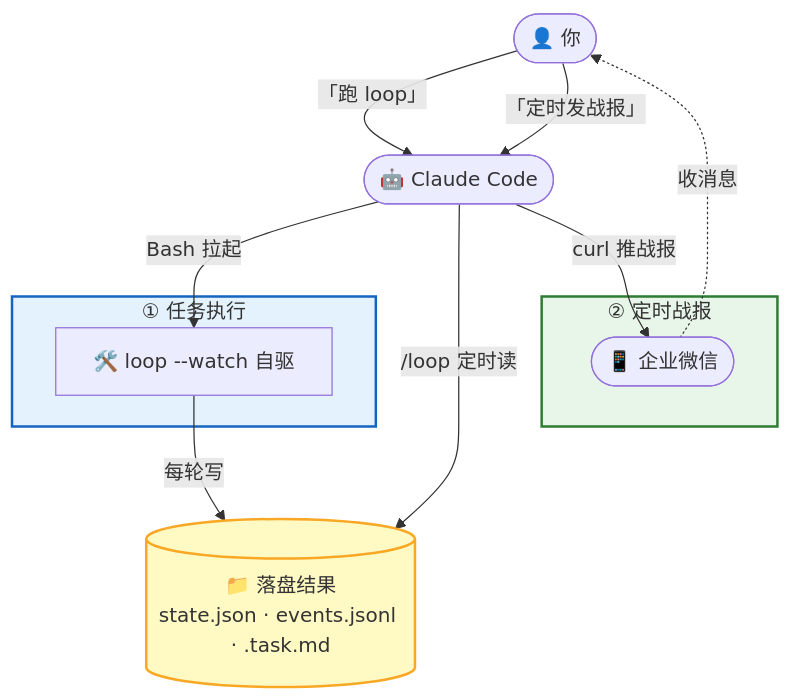
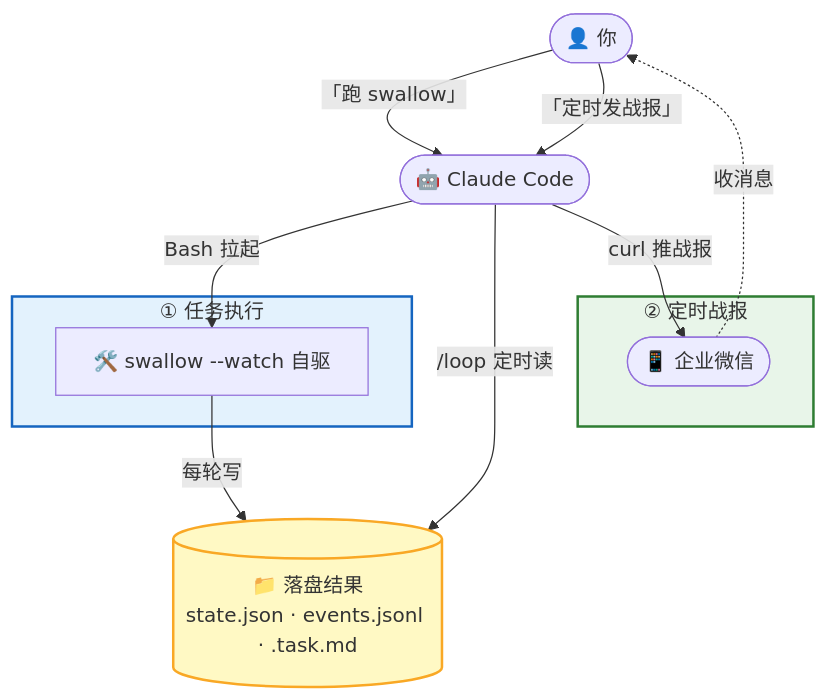
The diagram in claude-code-guide.md (free-wyq/swallow), drawn with Mermaid before and after one commit. The commit also changed other lines of this file and 9 other files, not shown here.

````diff
--- a/claude-code-guide.md
+++ b/claude-code-guide.md
@@ -3,27 +3,27 @@
 ```mermaid
 flowchart TB
     You([👤 你])
     CC([🤖 Claude Code])
 
     subgraph run["① 任务执行"]
-      Watch["🛠️ loop --watch 自驱"]
+      Watch["🛠️ swallow --watch 自驱"]
     end
 
     Disk[("📁 落盘结果<br/>state.json · events.jsonl · .task.md")]
 
     subgraph report["② 定时战报"]
       WeCom([📱 企业微信])
     end
 
-    You -->|"「跑 loop」"| CC
+    You -->|"「跑 swallow」"| CC
     CC -->|"Bash 拉起"| Watch
     Watch -->|"每轮写"| Disk
     You -->|"「定时发战报」"| CC
     CC -->|"/loop 定时读"| Disk
     CC -->|"curl 推战报"| WeCom
     WeCom -.->|"收消息"| You
 
     style run fill:#e3f2fd,stroke:#1565c0,stroke-width:2px
     style report fill:#e8f5e9,stroke:#2e7d32,stroke-width:2px
     style Disk fill:#fff9c4,stroke:#f9a825,stroke-width:2px
 ```
````
